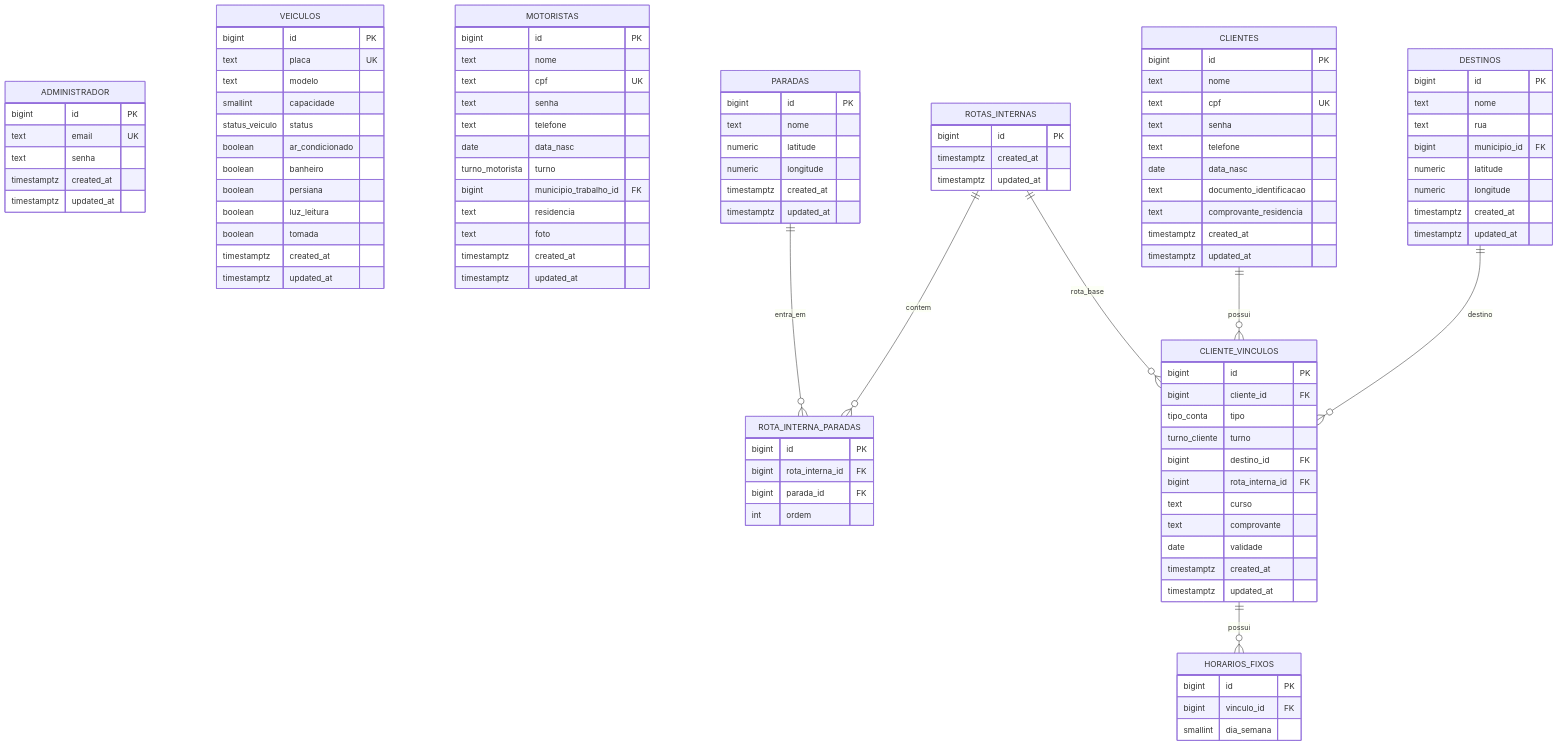
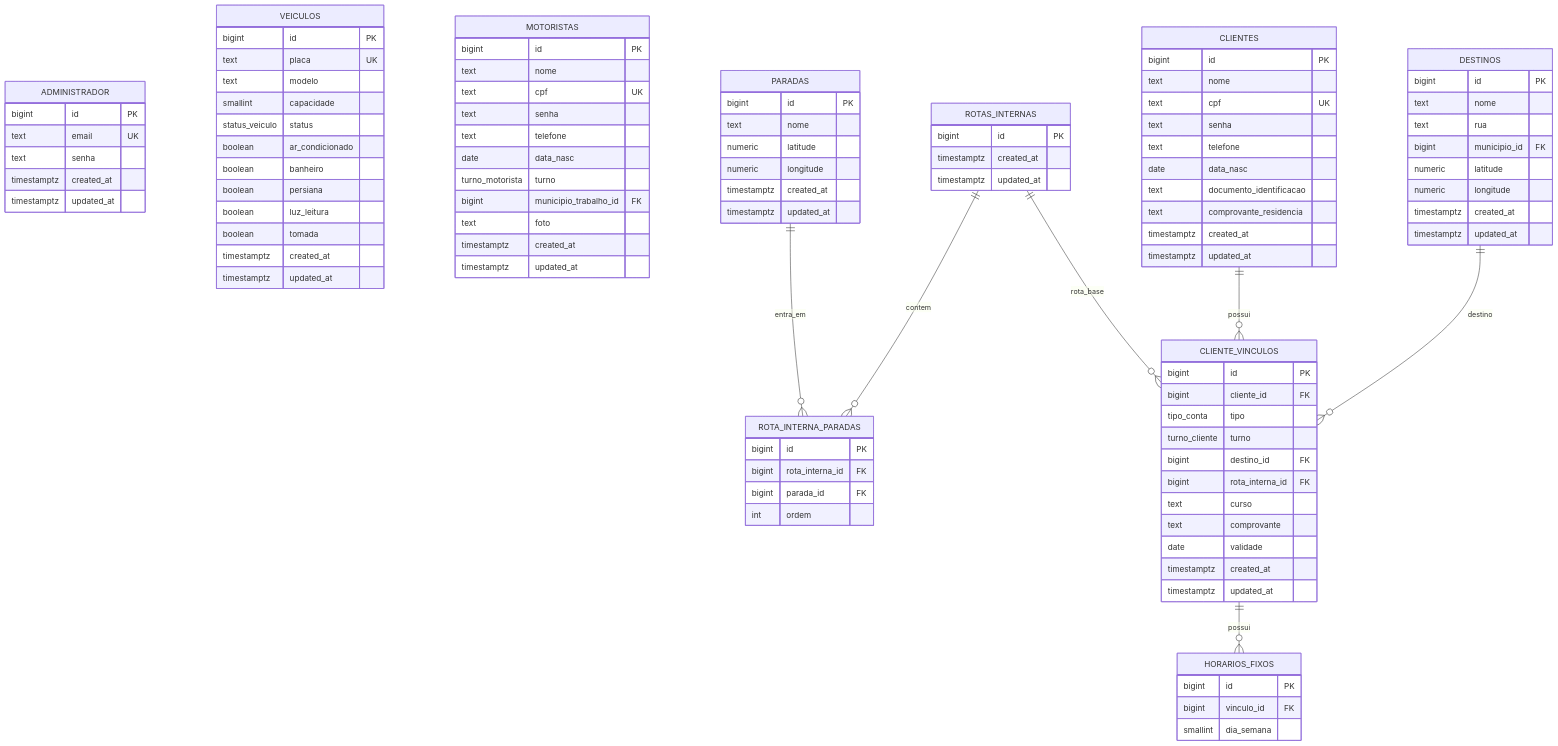
The first of 2 diagrams in docs/modelagem-dados-rotas-reservas-viagens.md (fredsaggio/bondrota-api), drawn with Mermaid before and after one commit. The commit also changed other lines of this file and 11 other files, not shown here.

```diff
--- a/docs/modelagem-dados-rotas-reservas-viagens.md
+++ b/docs/modelagem-dados-rotas-reservas-viagens.md
@@ -46,7 +46,6 @@
         date data_nasc
         turno_motorista turno
         bigint municipio_trabalho_id FK
-        text residencia
         text foto
         timestamptz created_at
         timestamptz updated_at
```
